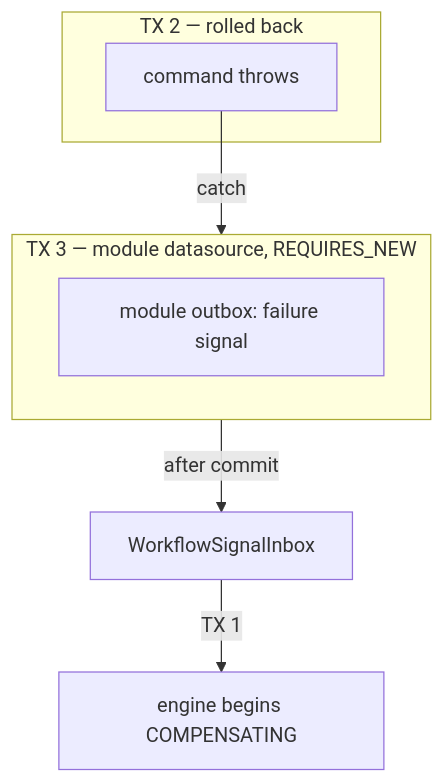
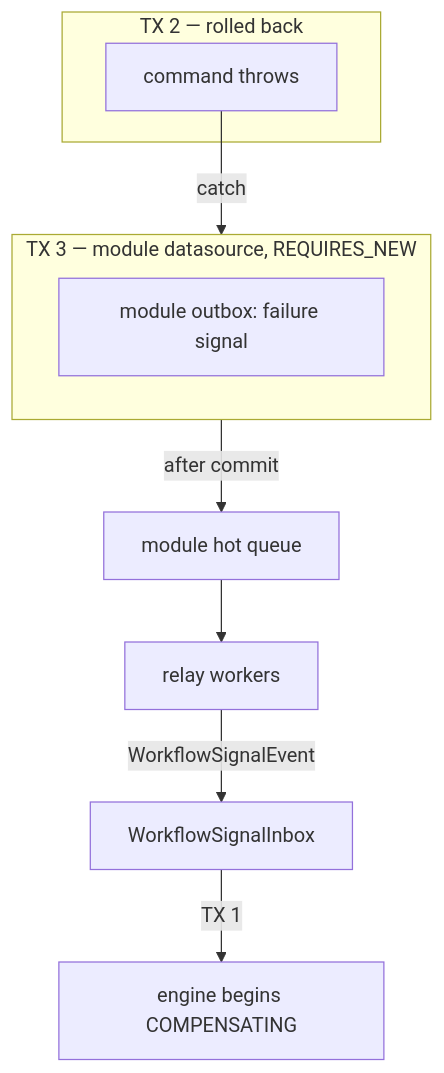
Before and after one commit to khinemyaezin/grab: the eighth of 9 diagrams in docs/system/ADR_007-Workflow_framework_internal_design.md, drawn with Mermaid. The commit also changed other lines of this file and 41 other files, not shown here.

Commit message:
feat: implement outbox hot queue with relay support for improved event processing

````diff
--- a/docs/system/ADR_007-Workflow_framework_internal_design.md
+++ b/docs/system/ADR_007-Workflow_framework_internal_design.md
@@ -423,12 +427,14 @@
 ```mermaid
 flowchart TB
     subgraph Tx2Fail["TX 2 — rolled back"]
         FailCmd["command throws"]
     end
     subgraph Tx3["TX 3 — module datasource, REQUIRES_NEW"]
         FailOut["module outbox: failure signal"]
     end
     FailCmd -->|"catch"| Tx3
-    Tx3 -->|"after commit"| Inbox2["WorkflowSignalInbox"]
+    Tx3 -->|"after commit"| HotFail["module hot queue"]
+    HotFail --> WorkersFail["relay workers"]
+    WorkersFail -->|"WorkflowSignalEvent"| Inbox2["WorkflowSignalInbox"]
     Inbox2 -->|"TX 1"| Compensate["engine begins COMPENSATING"]
 ```
````
